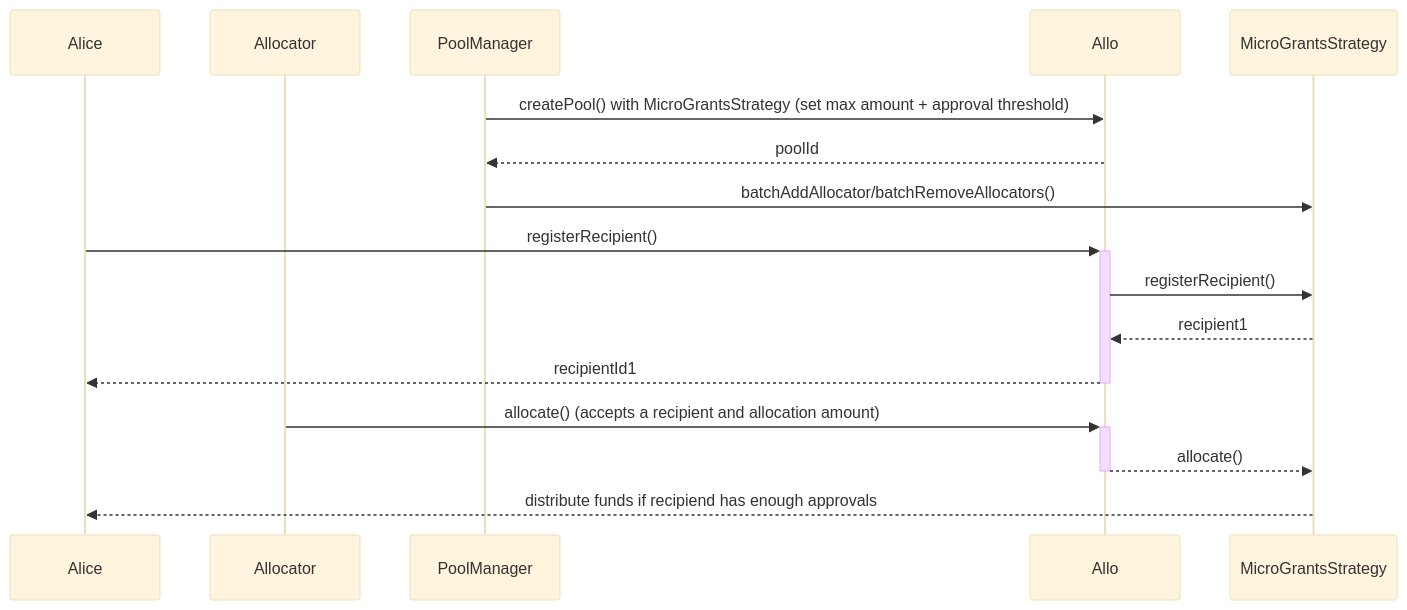
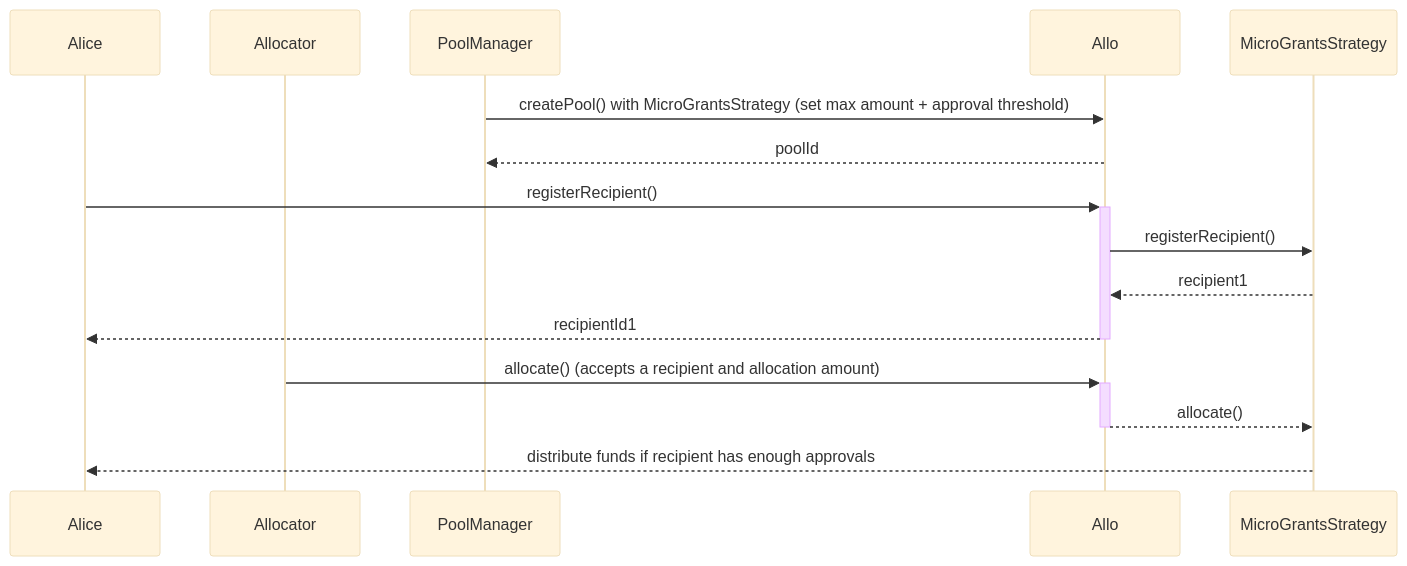
One commit to allo-protocol/allo-v2 changed the first of 2 diagrams in contracts/strategies/_poc/micro-grants/README.md. Above: the diagram before and after it, drawn with Mermaid (base theme). The commit also changed other lines of this file and 22 other files, not shown here.

````diff
--- a/contracts/strategies/_poc/micro-grants/README.md
+++ b/contracts/strategies/_poc/micro-grants/README.md
@@ -30,19 +35,18 @@
 ```mermaid
 sequenceDiagram
     participant Alice
     participant Allocator
     participant PoolManager
     participant Allo
     participant MicroGrantsStrategy
 
     PoolManager->>Allo: createPool() with MicroGrantsStrategy (set max amount + approval threshold)
     Allo-->>PoolManager: poolId
-    PoolManager->>MicroGrantsStrategy: batchAddAllocator/batchRemoveAllocators()
     Alice->>+Allo: registerRecipient()
     Allo->>MicroGrantsStrategy: registerRecipient()
     MicroGrantsStrategy-->>Allo: recipient1
     Allo-->>-Alice: recipientId1
     Allocator->>+Allo: allocate() (accepts a recipient and allocation amount)
     Allo-->>-MicroGrantsStrategy: allocate() 
-    MicroGrantsStrategy-->>Alice: distribute funds if recipiend has enough approvals
+    MicroGrantsStrategy-->>Alice: distribute funds if recipient has enough approvals
 ```
````
